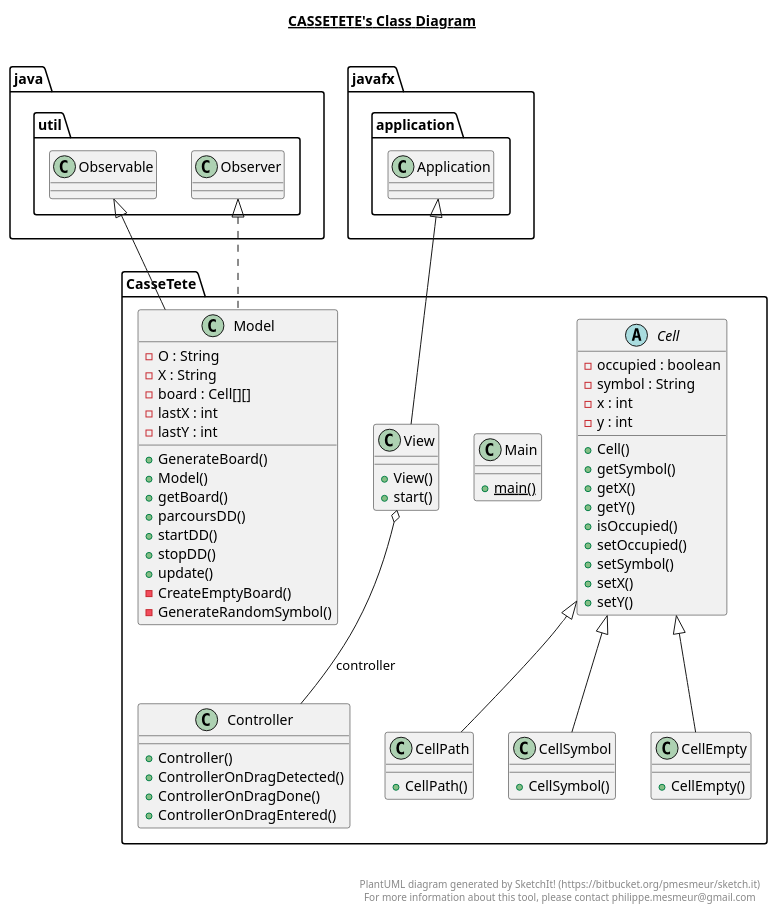
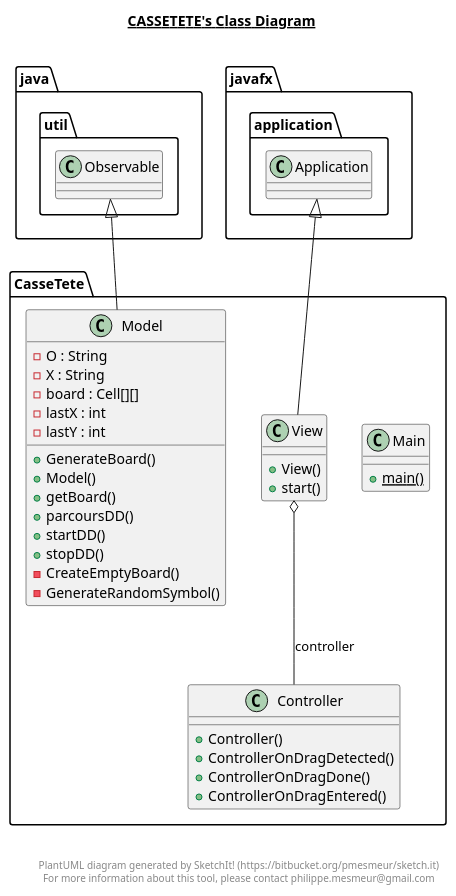
Before and after one commit to Mex21/CasseTete: the diagram in src/CasseTete/CasseTete.plantuml, drawn with PlantUML. The commit also changed 8 other files, not shown here.

Commit message:
Ajout: Cell class Model function for board generation

```diff
--- a/src/CasseTete/CasseTete.plantuml
+++ b/src/CasseTete/CasseTete.plantuml
@@ -1,106 +1,61 @@
 @startuml
 
 title __CASSETETE's Class Diagram__\n
-
-  namespace CasseTete {
-    abstract class CasseTete.Cell {
-        - occupied : boolean
-        - symbol : String
-        - x : int
-        - y : int
-        + Cell()
-        + getSymbol()
-        + getX()
-        + getY()
-        + isOccupied()
-        + setOccupied()
-        + setSymbol()
-        + setX()
-        + setY()
-    }
-  }
-  
-
-  namespace CasseTete {
-    class CasseTete.CellEmpty {
-        + CellEmpty()
-    }
-  }
-  
-
-  namespace CasseTete {
-    class CasseTete.CellPath {
-        + CellPath()
-    }
-  }
-  
-
-  namespace CasseTete {
-    class CasseTete.CellSymbol {
-        + CellSymbol()
-    }
-  }
-  
 
   namespace CasseTete {
     class CasseTete.Controller {
         + Controller()
         + ControllerOnDragDetected()
         + ControllerOnDragDone()
         + ControllerOnDragEntered()
     }
   }
   
 
   namespace CasseTete {
     class CasseTete.Main {
         {static} + main()
     }
   }
   
 
   namespace CasseTete {
     class CasseTete.Model {
         - O : String
         - X : String
         - board : Cell[][]
         - lastX : int
         - lastY : int
         + GenerateBoard()
         + Model()
         + getBoard()
         + parcoursDD()
         + startDD()
         + stopDD()
-        + update()
         - CreateEmptyBoard()
         - GenerateRandomSymbol()
     }
   }
   
 
   namespace CasseTete {
     class CasseTete.View {
         + View()
         + start()
     }
   }
   
 
-  CasseTete.CellEmpty -up-|> CasseTete.Cell
-  CasseTete.CellPath -up-|> CasseTete.Cell
-  CasseTete.CellSymbol -up-|> CasseTete.Cell
-  CasseTete.Model .up.|> java.util.Observer
   CasseTete.Model -up-|> java.util.Observable
   CasseTete.View -up-|> javafx.application.Application
   CasseTete.View o-- CasseTete.Controller : controller
 
 
 right footer
 
 
 PlantUML diagram generated by SketchIt! (https://bitbucket.org/pmesmeur/sketch.it)
 For more information about this tool, please contact philippe.mesmeur@gmail.com
 endfooter
 
 @enduml
```
